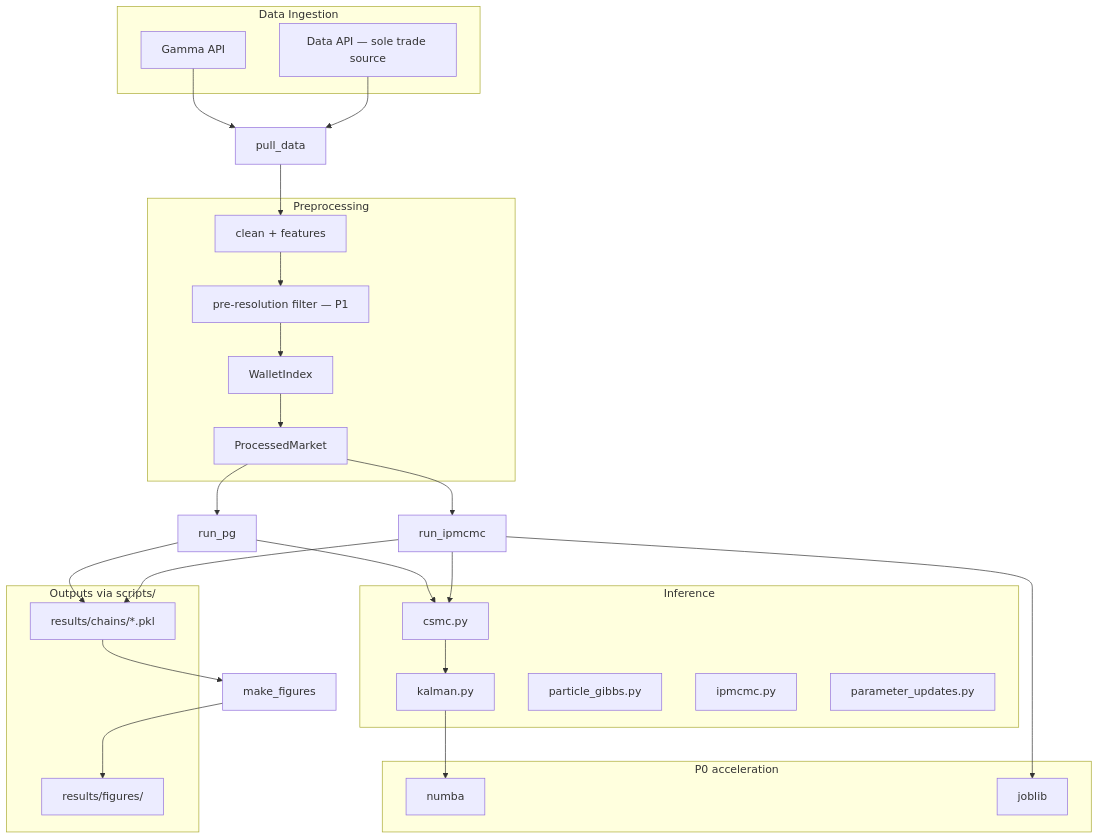
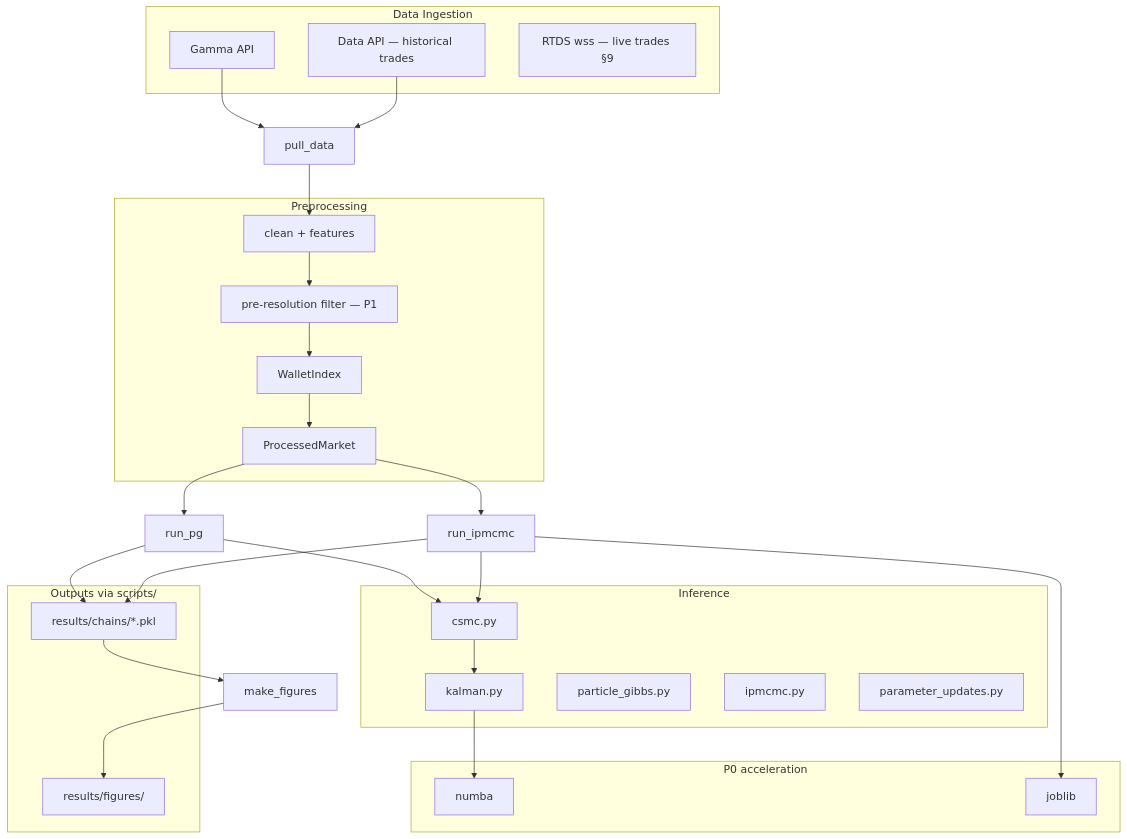
Before and after one commit to Emax25/PMCMC---Polymarket: the diagram in agent_reference/ARCHITECTURE.md, drawn with Mermaid. The commit also changed other lines of this file and 2 other files, not shown here.

````diff
--- a/agent_reference/ARCHITECTURE.md
+++ b/agent_reference/ARCHITECTURE.md
@@ -128,38 +128,39 @@
 ```mermaid
 flowchart TB
     subgraph ingest [Data Ingestion]
         G[Gamma API]
-        D[Data API — sole trade source]
+        D[Data API — historical trades]
+        RT[RTDS wss — live trades §9]
     end
 
     subgraph prep [Preprocessing]
         C[clean + features]
         PR[pre-resolution filter — P1]
         W[WalletIndex]
         P[ProcessedMarket]
     end
 
     subgraph infer [Inference]
         KF[kalman.py]
         CSMC[csmc.py]
         PG[particle_gibbs.py]
         IP[ipmcmc.py]
         GIB[parameter_updates.py]
     end
 
     subgraph accel [P0 acceleration]
         NB[numba]
         JL[joblib]
     end
 
     subgraph out [Outputs via scripts/]
         PKL[results/chains/*.pkl]
         FIG[results/figures/]
     end
 
     G & D --> pull_data --> C --> PR --> W --> P
     P --> run_pg & run_ipmcmc --> CSMC --> KF
     KF --> NB
     run_ipmcmc --> JL
     run_pg & run_ipmcmc --> PKL --> make_figures --> FIG
 ```
````
